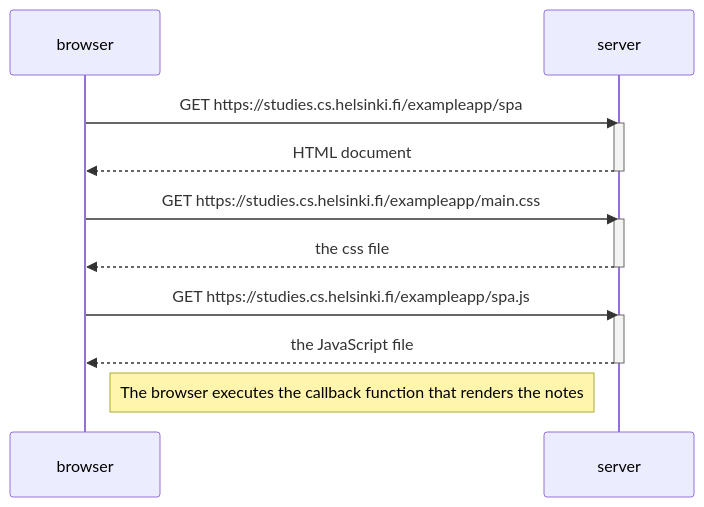
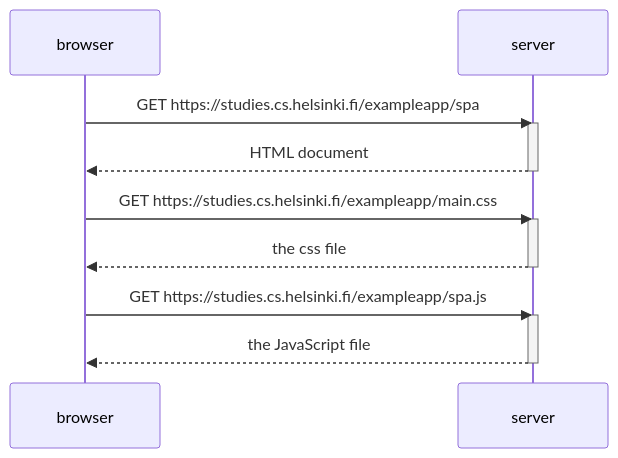
Before and after one commit to olgajoki/FullStackOpen: the diagram in part0/0.5.md, drawn with Mermaid.

````diff
--- a/part0/0.5.md
+++ b/part0/0.5.md
@@ -1,23 +1,22 @@
 ```mermaid
 
 sequenceDiagram
     participant browser
     participant server
     
     browser->>server: GET https://studies.cs.helsinki.fi/exampleapp/spa
     activate server
     server-->>browser: HTML document
     deactivate server
     
     browser->>server: GET https://studies.cs.helsinki.fi/exampleapp/main.css
     activate server
     server-->>browser: the css file
     deactivate server
     
     browser->>server: GET https://studies.cs.helsinki.fi/exampleapp/spa.js
     activate server
     server-->>browser: the JavaScript file
     deactivate server
     
-    Note right of browser: The browser executes the callback function that renders the notes 
 ```
````
